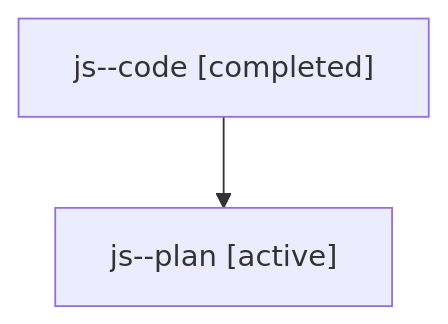
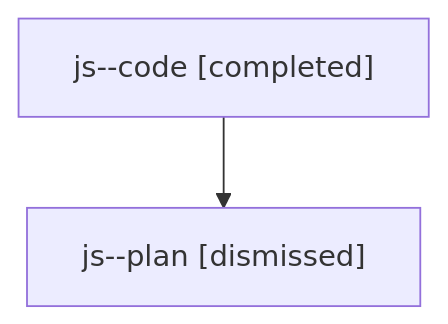
Before and after one commit to sase-org/sase--agents: the diagram in sessions/bbugyi200.athena.js.md, drawn with Mermaid. The commit also changed other lines of this file and 50 other files, not shown here.

````diff
--- a/sessions/bbugyi200.athena.js.md
+++ b/sessions/bbugyi200.athena.js.md
@@ -9,6 +9,6 @@
 ```mermaid
 flowchart TD
   n0["js--code [completed]"]
-  n1["js--plan [active]"]
+  n1["js--plan [dismissed]"]
   n0 --> n1
 ```
````
